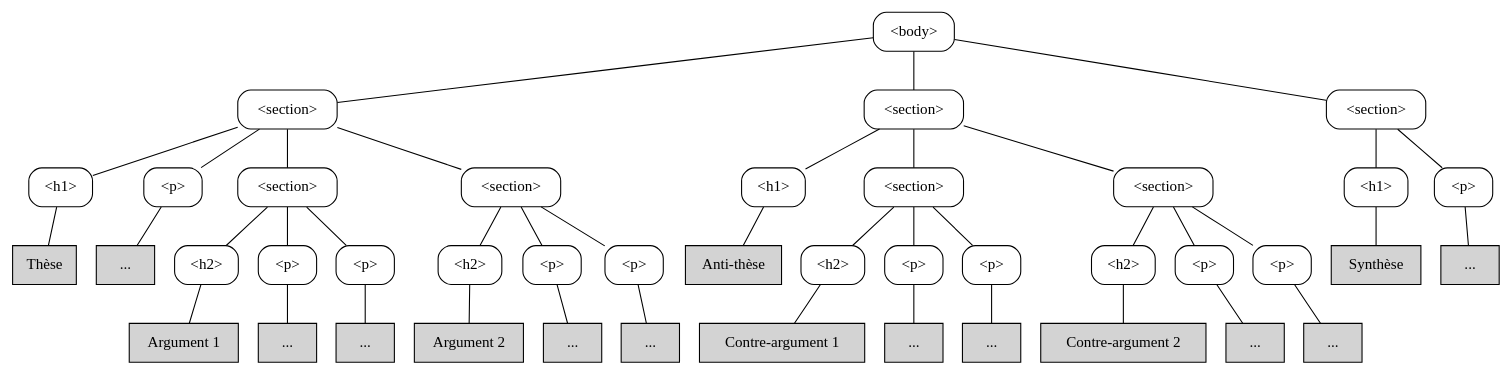
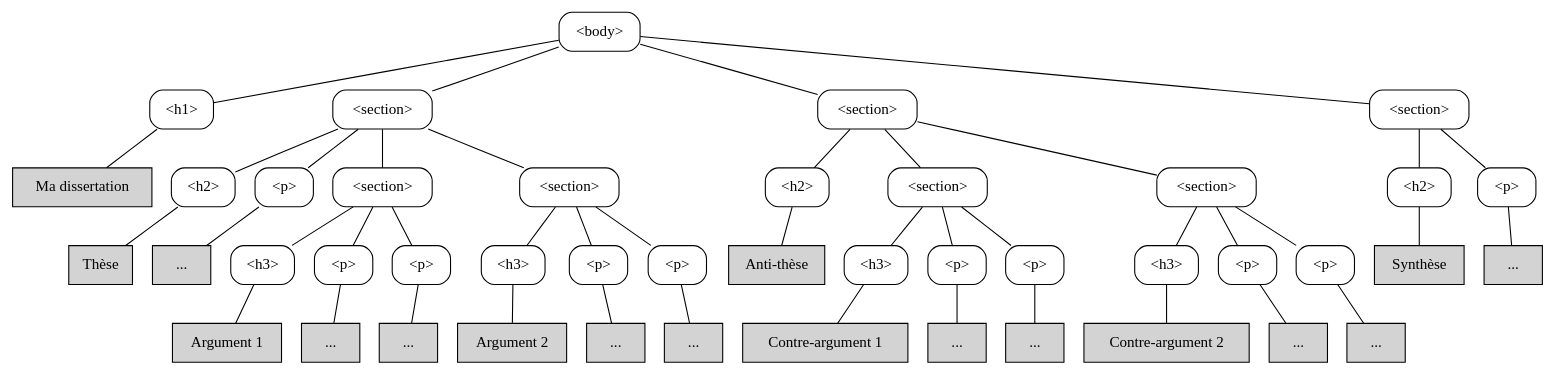
One commit to pchampin/intro-web changed the third of 3 diagrams in source/html.rst. Above: the diagram before and after it, drawn with Graphviz. The commit also changed other lines of this file, not shown here.

```diff
--- a/source/html.rst
+++ b/source/html.rst
@@ -591,68 +595,70 @@
 .. graphviz::
 
    graph {
      node  [ shape=elipse, style=filled ]
 
+     body -- h1 -- "Ma dissertation"
      body -- sec1
-     sec1 -- h1_1 -- "Thèse"
+     sec1 -- h2_1 -- "Thèse"
      sec1 -- p_1 -- "...1"
      sec1 -- sec2
-     sec2 -- h2_1 -- "Argument 1"
+     sec2 -- h3_1 -- "Argument 1"
      sec2 -- p_2 -- "...2"
      sec2 -- p_3 -- "...3"
      sec1 -- sec3
-     sec3 -- h2_2 -- "Argument 2"
+     sec3 -- h3_2 -- "Argument 2"
      sec3 -- p_4 -- "...4"
      sec3 -- p_5 -- "...5"
      body -- sec4
-     sec4 -- h1_2 -- "Anti-thèse"
+     sec4 -- h2_2 -- "Anti-thèse"
      sec4 -- sec5
-     sec5 -- h2_3 -- "Contre-argument 1"
+     sec5 -- h3_3 -- "Contre-argument 1"
      sec5 -- p_6 -- "...6"
      sec5 -- p_7 -- "...7"
      sec4 -- sec6
-     sec6 -- h2_4 -- "Contre-argument 2"
+     sec6 -- h3_4 -- "Contre-argument 2"
      sec6 -- p_8 -- "...8"
      sec6 -- p_9 -- "...9"
      body -- sec7
-     sec7 -- h1_3 -- "Synthèse"
+     sec7 -- h2_3 -- "Synthèse"
      sec7 -- p_10 -- "...10"
 
      body [ label="<body>", shape=box, style=rounded ]
+     h1   [ label="<h1>", shape=box, style=rounded ]
      sec1 [ label="<section>", shape=box, style=rounded ]
      sec2 [ label="<section>", shape=box, style=rounded ]
      sec3 [ label="<section>", shape=box, style=rounded ]
      sec4 [ label="<section>", shape=box, style=rounded ]
      sec5 [ label="<section>", shape=box, style=rounded ]
      sec6 [ label="<section>", shape=box, style=rounded ]
      sec7 [ label="<section>", shape=box, style=rounded ]
-     h1_1 [ label="<h1>", shape=box, style=rounded ]
-     h1_2 [ label="<h1>", shape=box, style=rounded ]
-     h1_3 [ label="<h1>", shape=box, style=rounded ]
      h2_1 [ label="<h2>", shape=box, style=rounded ]
      h2_2 [ label="<h2>", shape=box, style=rounded ]
      h2_3 [ label="<h2>", shape=box, style=rounded ]
-     h2_4 [ label="<h2>", shape=box, style=rounded ]
+     h3_1 [ label="<h3>", shape=box, style=rounded ]
+     h3_2 [ label="<h3>", shape=box, style=rounded ]
+     h3_3 [ label="<h3>", shape=box, style=rounded ]
+     h3_4 [ label="<h3>", shape=box, style=rounded ]
      p_1 [ label="<p>", shape=box, style=rounded ]
      p_2 [ label="<p>", shape=box, style=rounded ]
      p_3 [ label="<p>", shape=box, style=rounded ]
      p_4 [ label="<p>", shape=box, style=rounded ]
      p_5 [ label="<p>", shape=box, style=rounded ]
      p_6 [ label="<p>", shape=box, style=rounded ]
      p_7 [ label="<p>", shape=box, style=rounded ]
      p_8 [ label="<p>", shape=box, style=rounded ]
      p_9 [ label="<p>", shape=box, style=rounded ]
      p_10 [ label="<p>", shape=box, style=rounded ]
 
      "...1" [ label="..." ]
      "...2" [ label="..." ]
      "...3" [ label="..." ]
      "...4" [ label="..." ]
      "...5" [ label="..." ]
      "...6" [ label="..." ]
      "...7" [ label="..." ]
      "...8" [ label="..." ]
      "...9" [ label="..." ]
      "...10" [ label="..." ]
 
    }
```
